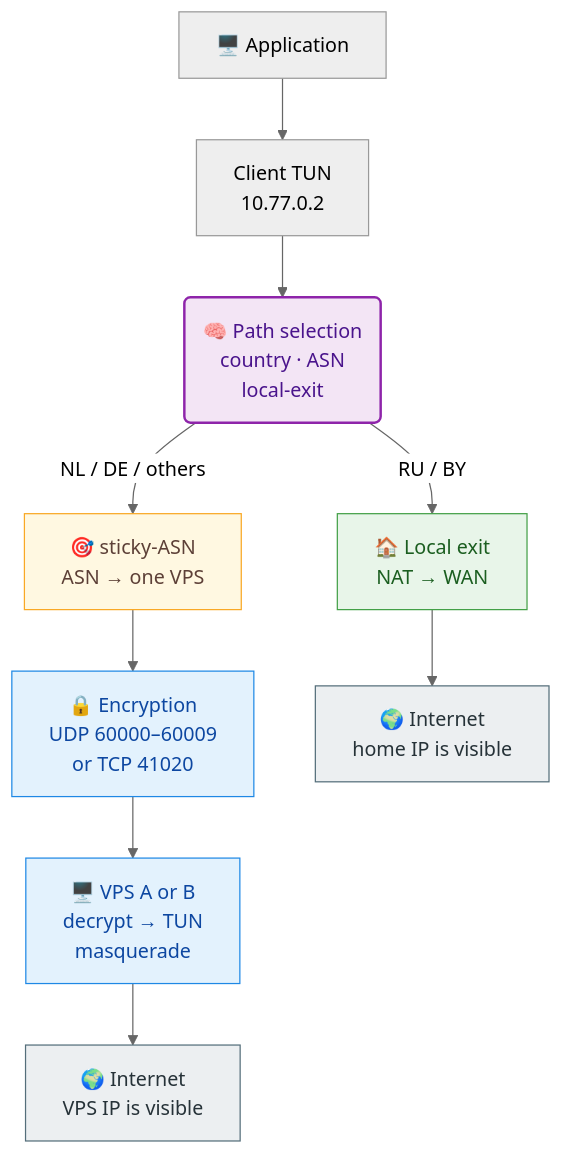
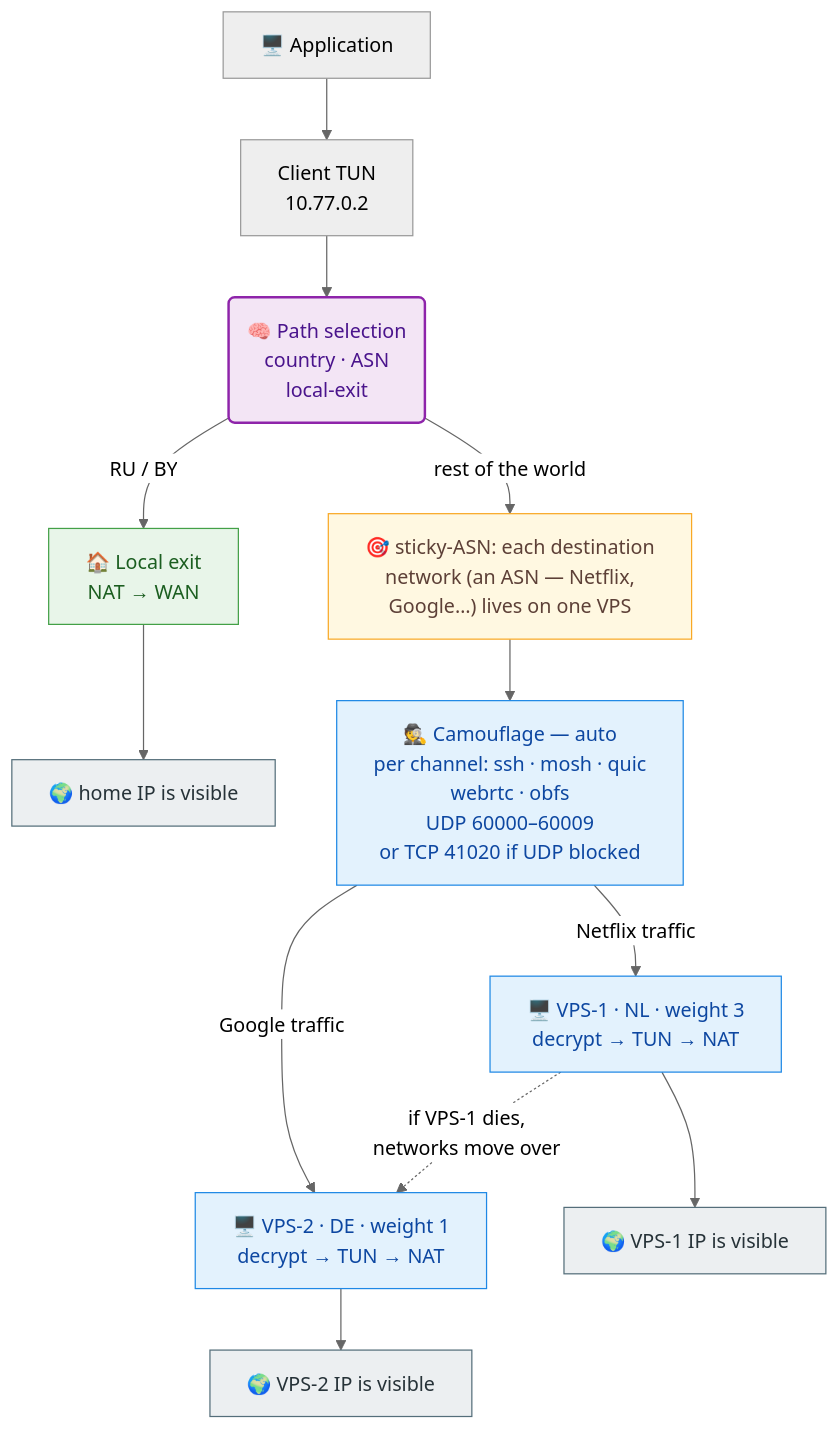
One commit to vadv/svpn changed the diagram in README.en.md. Above: the diagram before and after it, drawn with Mermaid (neutral theme). The commit also changed other lines of this file and 1 other file, not shown here.

Commit message:
docs: show auto camouflage, ASN pinning and multiple VPS in the diagram
The transport node now names the camouflage protocols and the
automatic per-channel choice with the TCP fallback. Two VPSs with
weights and countries replace the generic VPS box, sticky-ASN explains
ASN through concrete networks, and a dashed edge shows the failover.

````diff
--- a/README.en.md
+++ b/README.en.md
@@ -9,22 +9,25 @@
 ```mermaid
 %%{init: {"flowchart": {"wrappingWidth": 280}}}%%
 flowchart TD
     app["🖥️ Application"] --> tun["Client TUN<br/>10.77.0.2"]
     tun --> brain("🧠 Path selection<br/>country · ASN<br/>local-exit")
     brain -->|"RU / BY"| local["🏠 Local exit<br/>NAT → WAN"]
-    brain -->|"NL / DE / others"| asn["🎯 sticky-ASN<br/>ASN → one VPS"]
-    asn --> enc["🔒 Encryption<br/>UDP 60000–60009<br/>or TCP 41020"]
-    enc --> vps["🖥️ VPS A or B<br/>decrypt → TUN<br/>masquerade"]
-    local --> home["🌍 Internet<br/>home IP is visible"]
-    vps --> via["🌍 Internet<br/>VPS IP is visible"]
+    local --> home["🌍 home IP is visible"]
+    brain -->|"rest of the world"| asn["🎯 sticky-ASN: each destination<br/>network (an ASN — Netflix,<br/>Google…) lives on one VPS"]
+    asn --> mimic["🕵️ Camouflage — auto<br/>per channel: ssh · mosh · quic<br/>webrtc · obfs<br/>UDP 60000–60009<br/>or TCP 41020 if UDP blocked"]
+    mimic -->|"Netflix traffic"| vps1["🖥️ VPS-1 · NL · weight 3<br/>decrypt → TUN → NAT"]
+    mimic -->|"Google traffic"| vps2["🖥️ VPS-2 · DE · weight 1<br/>decrypt → TUN → NAT"]
+    vps1 --> net1["🌍 VPS-1 IP is visible"]
+    vps2 --> net2["🌍 VPS-2 IP is visible"]
+    vps1 -.->|"if VPS-1 dies,<br/>networks move over"| vps2
     classDef brain fill:#f3e5f5,stroke:#8e24aa,stroke-width:2px,color:#4a148c
     classDef local fill:#e8f5e9,stroke:#43a047,color:#1b5e20
     classDef asn fill:#fff8e1,stroke:#f9a825,color:#5d4037
     classDef vpn fill:#e3f2fd,stroke:#1e88e5,color:#0d47a1
     classDef edge fill:#eceff1,stroke:#546e7a,color:#263238
     class brain brain
     class local local
     class asn asn
-    class enc,vps vpn
-    class home,via edge
+    class mimic,vps1,vps2 vpn
+    class home,net1,net2 edge
 ```
````
